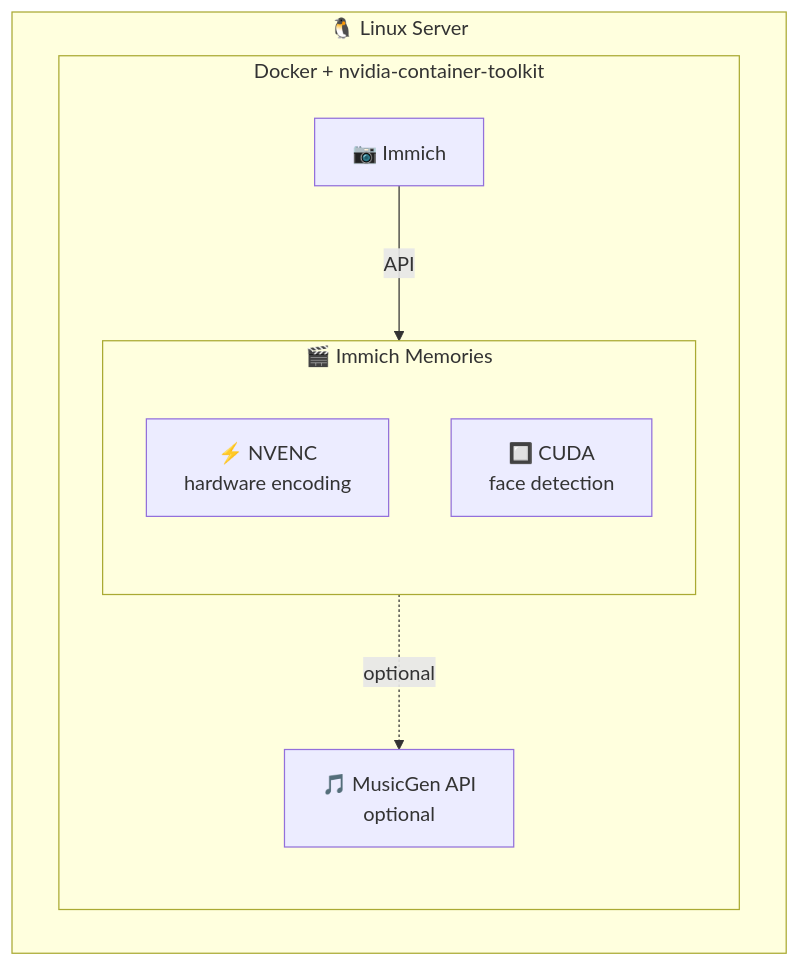
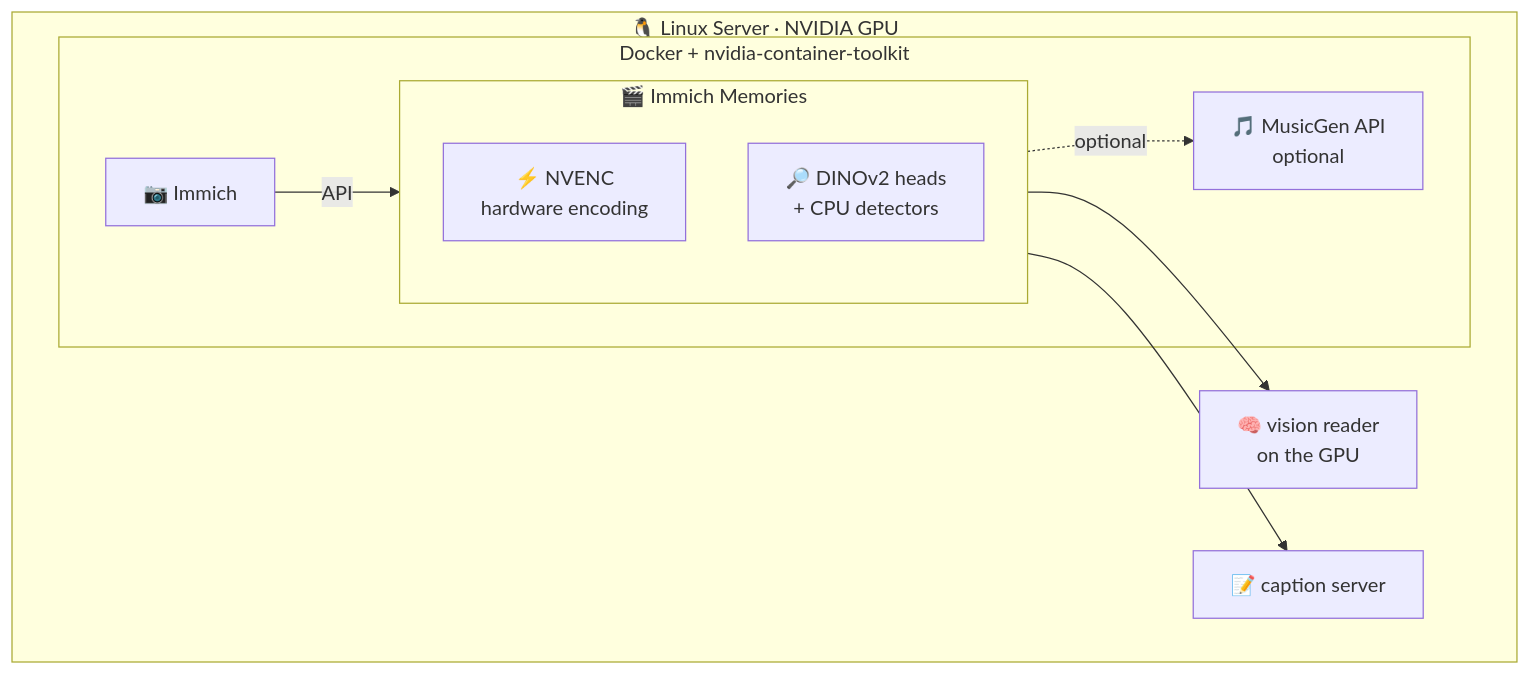
Before and after one commit to chenzeyan54-commits/immich-video-memory-generator: the diagram in docs-site/diagrams/setup-linux.mmd, drawn with Mermaid. The commit also changed 74 other files, not shown here.

```diff
--- a/docs-site/diagrams/setup-linux.mmd
+++ b/docs-site/diagrams/setup-linux.mmd
@@ -1,14 +1,18 @@
 graph TB
-    subgraph Linux["🐧 Linux Server"]
+    subgraph Linux["🐧 Linux Server · NVIDIA GPU"]
         subgraph Docker["Docker + nvidia-container-toolkit"]
             Immich["📷 Immich"]
             subgraph Memories["🎬 Immich Memories"]
                 NVENC["⚡ NVENC<br/>hardware encoding"]
-                CUDA["🔲 CUDA<br/>face detection"]
+                Heads["🔎 DINOv2 heads<br/>+ CPU detectors"]
             end
             MusicGen["🎵 MusicGen API<br/>optional"]
         end
+        Reader["🧠 vision reader<br/>on the GPU"]
+        Caption["📝 caption server"]
     end
 
     Immich -->|API| Memories
+    Memories --> Reader
+    Memories --> Caption
     Memories -.->|optional| MusicGen
```
